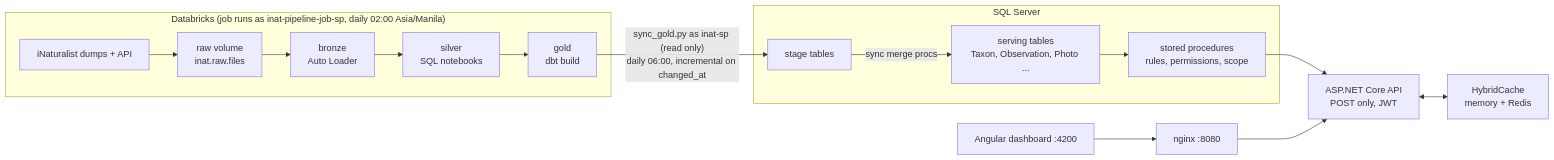
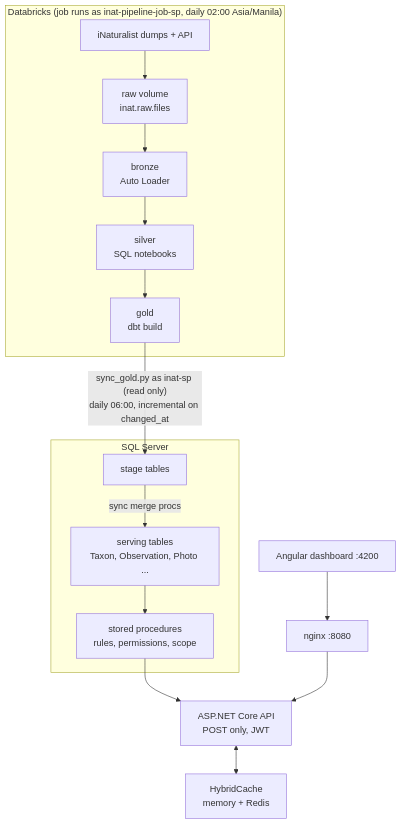
The first of 2 diagrams in README.md (jayjorneypua/inat-taxonomy-pipeline), drawn with Mermaid before and after one commit. The commit also changed other lines of this file and 2 other files, not shown here.

Commit message:
README: two screenshots, architecture diagram top to bottom

````diff
--- a/README.md
+++ b/README.md
@@ -23,21 +13,21 @@
 ```mermaid
-flowchart LR
+flowchart TB
     subgraph Databricks["Databricks (job runs as inat-pipeline-job-sp, daily 02:00 Asia/Manila)"]
         SRC["iNaturalist dumps + API"] --> RAW["raw volume<br/>inat.raw.files"]
         RAW --> BRONZE["bronze<br/>Auto Loader"]
         BRONZE --> SILVER["silver<br/>SQL notebooks"]
         SILVER --> GOLD["gold<br/>dbt build"]
     end
 
     GOLD -->|"sync_gold.py as inat-sp (read only)<br/>daily 06:00, incremental on changed_at"| STAGE
 
     subgraph SQLServer["SQL Server"]
         STAGE["stage tables"] -->|"sync merge procs"| SERVE["serving tables<br/>Taxon, Observation, Photo ..."]
         SERVE --> PROCS["stored procedures<br/>rules, permissions, scope"]
     end
 
     PROCS --> API["ASP.NET Core API<br/>POST only, JWT"]
     API <--> CACHE["HybridCache<br/>memory + Redis"]
     LB["nginx :8080"] --> API
     WEB["Angular dashboard :4200"] --> LB
 ```
````
